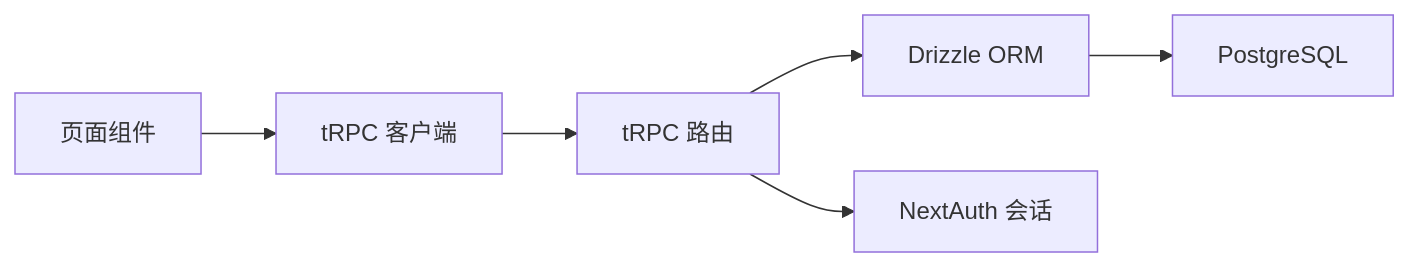
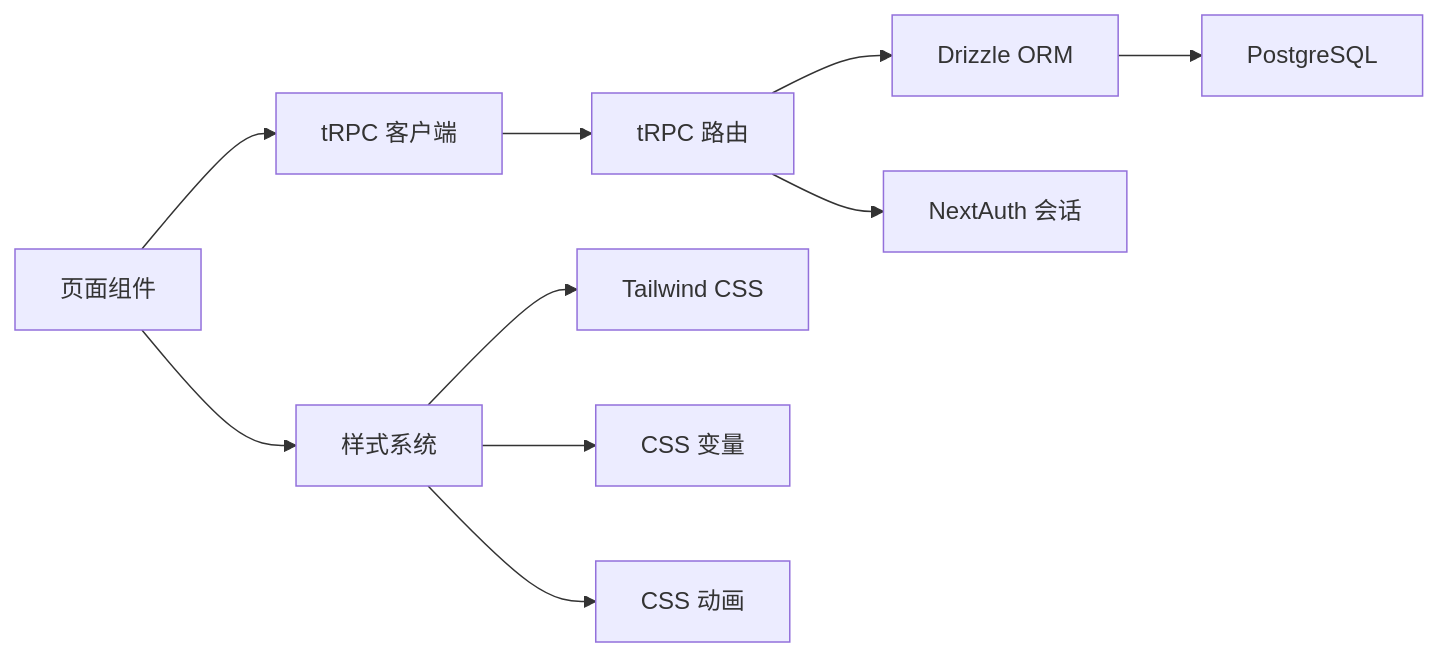
Before and after one commit to RadiumAg/image-saas: the eighth of 8 diagrams in .qoder/repowiki/zh/content/核心功能模块/应用管理系统.md, drawn with Mermaid. The commit also changed other lines of this file and 9 other files, not shown here.

````diff
--- a/.qoder/repowiki/zh/content/核心功能模块/应用管理系统.md
+++ b/.qoder/repowiki/zh/content/核心功能模块/应用管理系统.md
@@ -260,8 +367,12 @@
 ```mermaid
 graph LR
 UI["页面组件"] --> TClient["tRPC 客户端"]
 TClient --> TRPC["tRPC 路由"]
 TRPC --> DB["Drizzle ORM"]
 DB --> PG["PostgreSQL"]
 TRPC --> Auth["NextAuth 会话"]
+UI --> Styles["样式系统"]
+Styles --> Tailwind["Tailwind CSS"]
+Styles --> CSSVars["CSS 变量"]
+Styles --> Animations["CSS 动画"]
 ```
````
